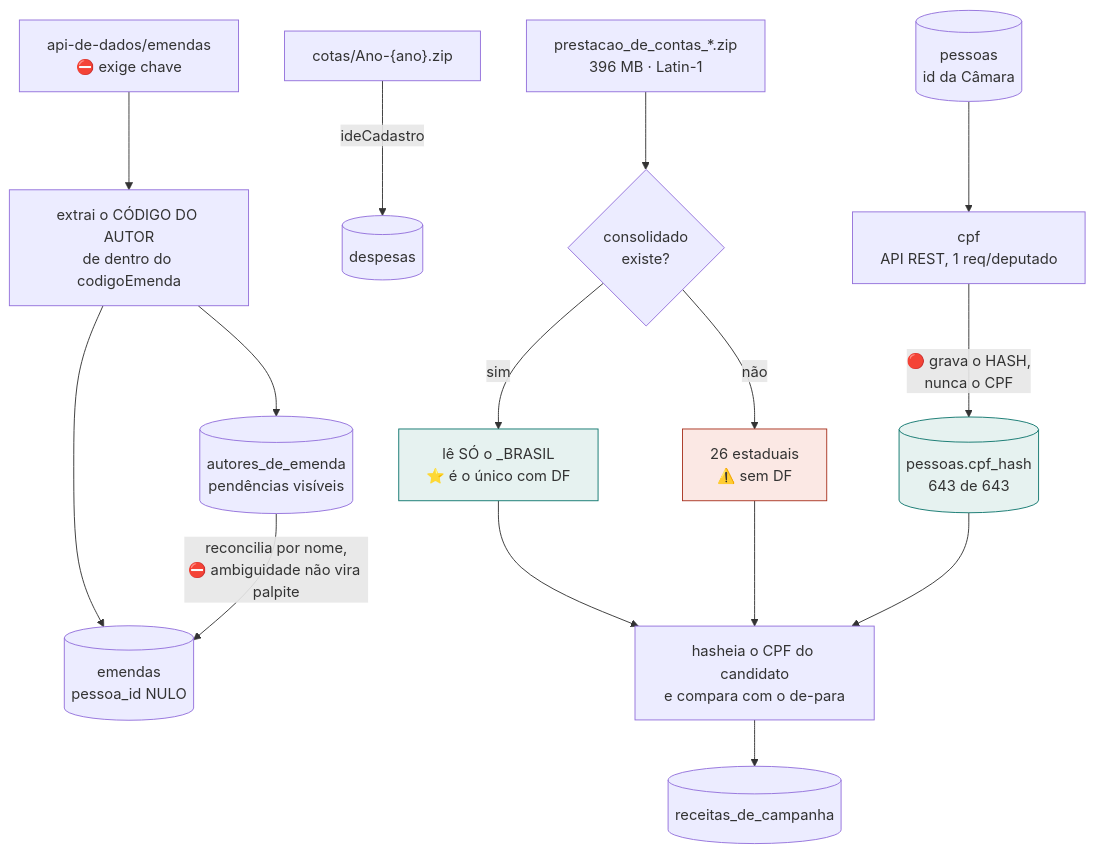
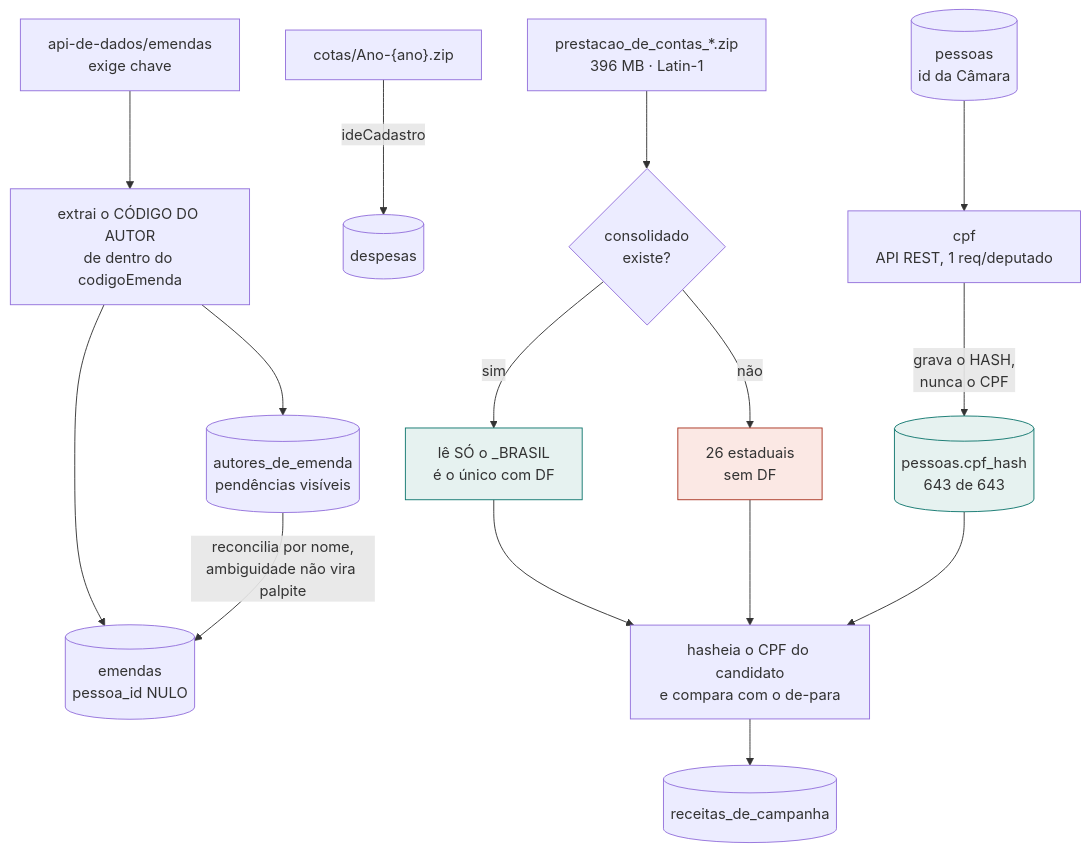
Before and after one commit to IgorLucasAssuncao/poligraph: the fifth of 6 diagrams in README.md, drawn with Mermaid. The commit also changed other lines of this file and 1 other file, not shown here.

First line of the commit message:
README sem emoji e com redacao academica

````diff
--- a/README.md
+++ b/README.md
@@ -410,24 +395,24 @@
 ```mermaid
 flowchart TB
     P1[("pessoas<br/>id da Câmara")] --> CPF["cpf<br/>API REST, 1 req/deputado"]
-    CPF -->|"🔴 grava o HASH,<br/>nunca o CPF"| P2[("pessoas.cpf_hash<br/>643 de 643")]
+    CPF -->|"grava o HASH,<br/>nunca o CPF"| P2[("pessoas.cpf_hash<br/>643 de 643")]
 
     CEAP["cotas/Ano-{ano}.zip"] -->|"ideCadastro"| D[("despesas")]
 
-    POR["api-de-dados/emendas<br/>⛔ exige chave"] --> COD["extrai o CÓDIGO DO AUTOR<br/>de dentro do codigoEmenda"]
+    POR["api-de-dados/emendas<br/>exige chave"] --> COD["extrai o CÓDIGO DO AUTOR<br/>de dentro do codigoEmenda"]
     COD --> E[("emendas<br/>pessoa_id NULO")]
     COD --> A[("autores_de_emenda<br/>pendências visíveis")]
-    A -->|"reconcilia por nome,<br/>⛔ ambiguidade não vira palpite"| E
+    A -->|"reconcilia por nome,<br/>ambiguidade não vira palpite"| E
 
     TSE["prestacao_de_contas_*.zip<br/>396 MB · Latin-1"] --> CONS{"consolidado<br/>existe?"}
-    CONS -->|"sim"| SO["lê SÓ o _BRASIL<br/>⭐ é o único com DF"]
-    CONS -->|"não"| UF["26 estaduais<br/>⚠️ sem DF"]
+    CONS -->|"sim"| SO["lê SÓ o _BRASIL<br/>é o único com DF"]
+    CONS -->|"não"| UF["26 estaduais<br/>sem DF"]
     SO --> HASH["hasheia o CPF do candidato<br/>e compara com o de-para"]
     UF --> HASH
     P2 --> HASH
     HASH --> R[("receitas_de_campanha")]
 
     style P2 fill:#e6f2f0,stroke:#0f766e
     style SO fill:#e6f2f0,stroke:#0f766e
     style UF fill:#fbe8e4,stroke:#a8321f
 ```
````
